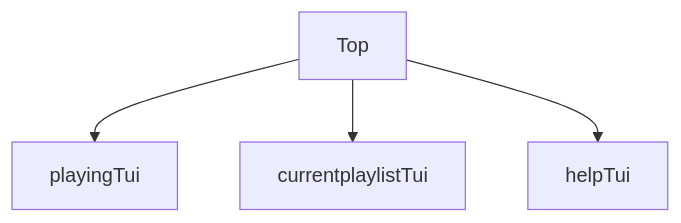
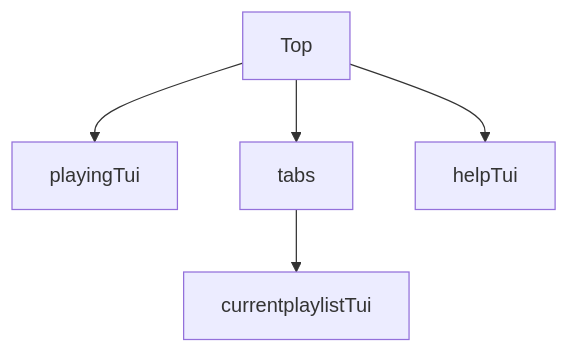
One commit to limiu82214/lazyAppleMusic changed the diagram in README.md. Above: the diagram before and after it, drawn with Mermaid. The commit also changed 6 other files, not shown here.

````diff
--- a/README.md
+++ b/README.md
@@ -8,6 +8,6 @@
 ```mermaid
 flowchart TD
     Top --> playingTui
-    Top --> currentplaylistTui
+    Top --> tabs --> currentplaylistTui
     Top --> helpTui
 ```
````
